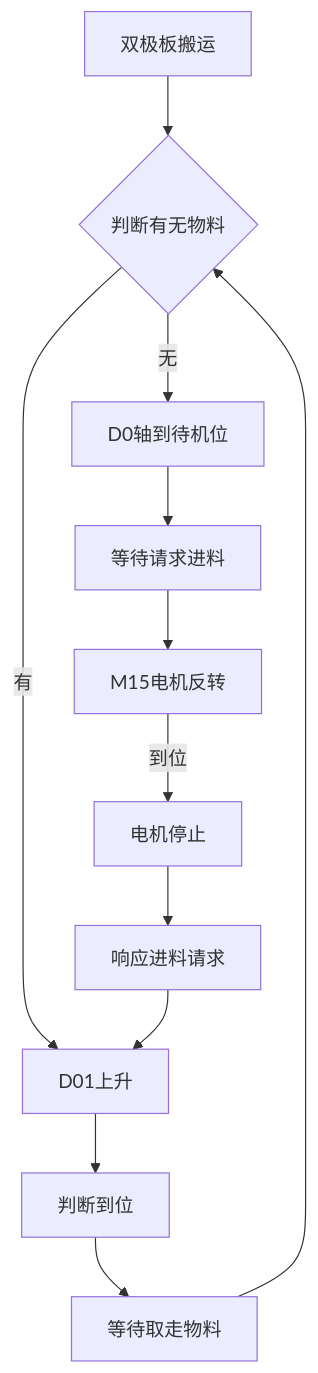
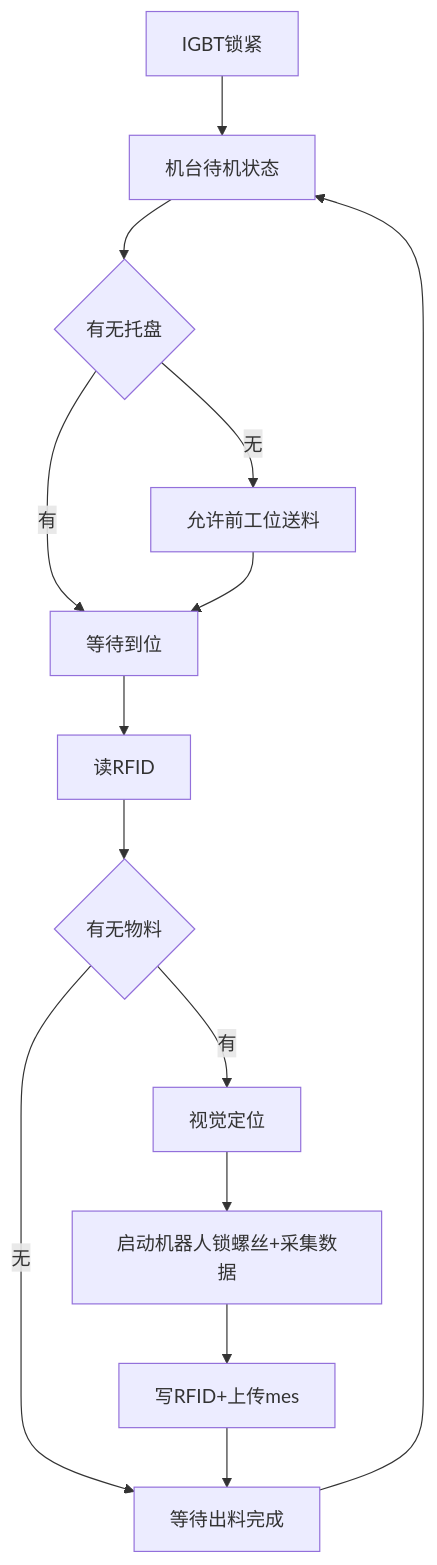
Before and after one commit to PengKun1/iodraw-files: the diagram in all/未命名-1.md, drawn with Mermaid.

Commit message:
2024-12-16 20:26:43 update

````diff
--- a/all/未命名-1.md
+++ b/all/未命名-1.md
@@ -1,14 +1,16 @@
 ```mermaid
 graph TD
-0[双极板搬运]-->10
-10{判断有无物料}-->|无|20
-10-->|有|70
-20[D0轴到待机位]-->30
-30[等待请求进料]-->40
-40[M15电机反转]-->|到位|50
-50[电机停止]-->60
-60[响应进料请求]-->70
-70[D01上升]-->80
-80[判断到位]-->90
-90[等待取走物料]-->10
+0[IGBT锁紧]-->10
+10[机台待机状态]-->20
+20{有无托盘}-->|有|40
+20-->|无|30
+30[允许前工位送料]-->40
+40[等待到位]-->50
+50[读RFID]-->60
+60{有无物料}-->|无|100
+60-->|有|70
+70[视觉定位]-->80
+80[启动机器人锁螺丝+采集数据]-->90
+90[写RFID+上传mes]-->100
+100[等待出料完成]-->10
 ```
````
